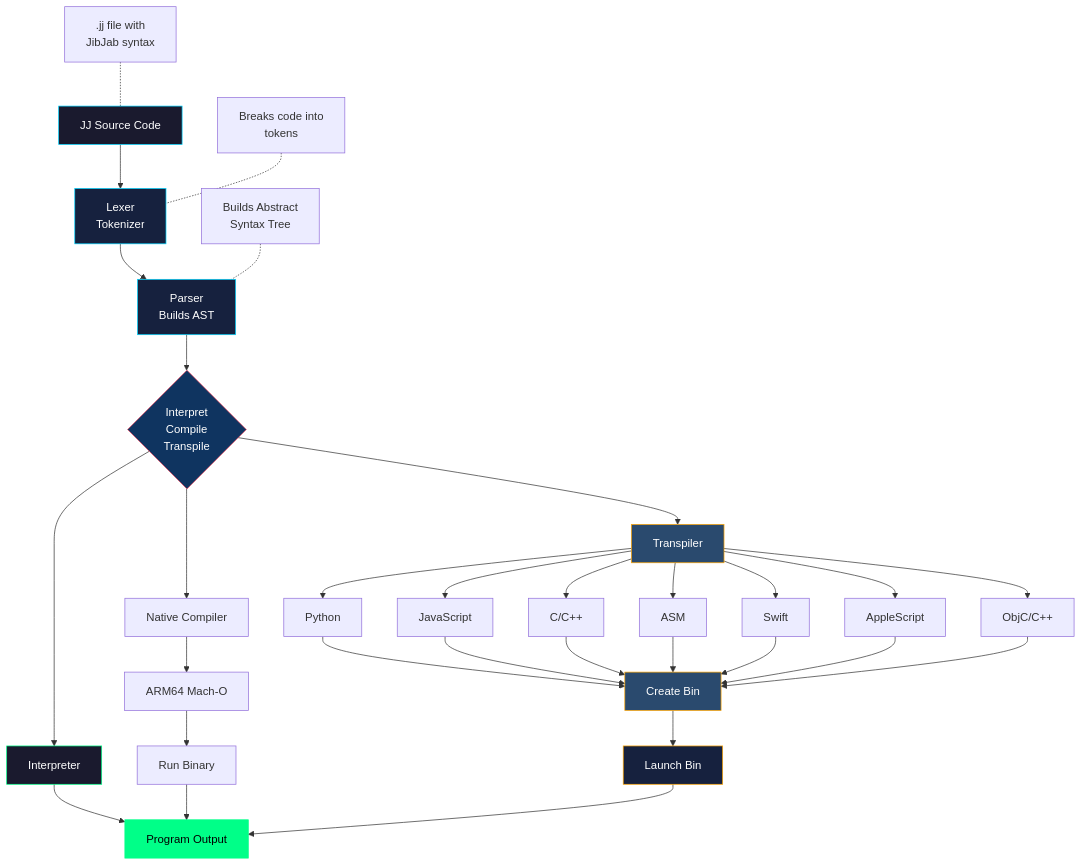
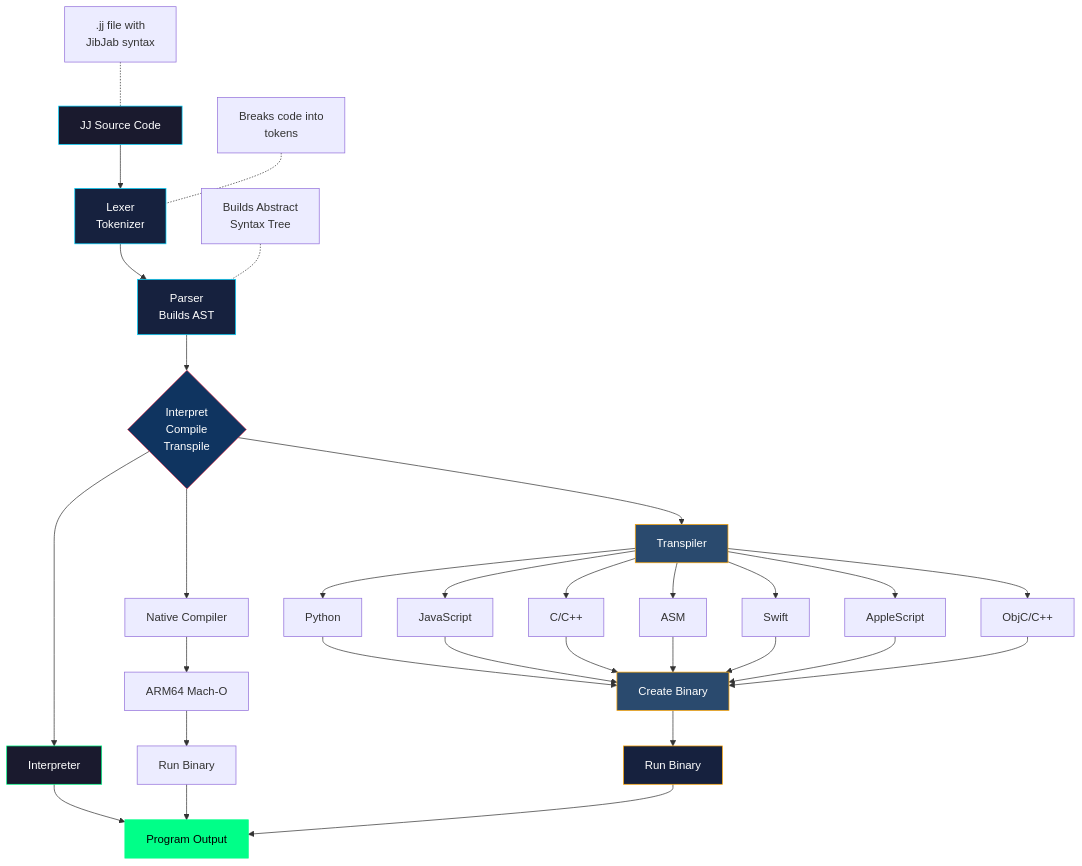
One commit to SuperBox64/JibberJabber changed the diagram in README.md. Above: the diagram before and after it, drawn with Mermaid.

Commit message:
Update diagram: Create Binary, Run Binary

````diff
--- a/README.md
+++ b/README.md
@@ -339,48 +339,48 @@
 ```mermaid
 flowchart TD
     A[JJ Source Code] --> B[Lexer<br>Tokenizer]
     B --> C[Parser<br>Builds AST]
     C --> D{Interpret<br>Compile<br>Transpile}
 
     A1[".jj file with<br>JibJab syntax"] -.- A
     B1["Breaks code into<br>tokens"] -.- B
     C1["Builds Abstract<br>Syntax Tree"] -.- C
 
     D --> E[Interpreter]
     E --> F[Program Output]
 
     D --> N1[Native Compiler]
     N1 --> N2[ARM64 Mach-O]
     N2 --> N3[Run Binary]
     N3 --> F
 
     D --> G[Transpiler]
     G --> H[Python]
     G --> I[JavaScript]
     G --> J[C/C++]
     G --> K[ASM]
     G --> L[Swift]
     G --> P[AppleScript]
     G --> Q[ObjC/C++]
 
-    H --> M[Create Bin]
+    H --> M[Create Binary]
     I --> M
     J --> M
     K --> M
     L --> M
     P --> M
     Q --> M
-    M --> N[Launch Bin]
+    M --> N[Run Binary]
     N --> F
 
     style M fill:#2a4a6e,stroke:#ffa500,color:#fff
     style N fill:#16213e,stroke:#ffa500,color:#fff
 
     style A fill:#1a1a2e,stroke:#00d4ff,color:#fff
     style B fill:#16213e,stroke:#00d4ff,color:#fff
     style C fill:#16213e,stroke:#00d4ff,color:#fff
     style D fill:#0f3460,stroke:#e94560,color:#fff
     style E fill:#1a1a2e,stroke:#00ff88,color:#fff
     style F fill:#00ff88,stroke:#00ff88,color:#000
     style G fill:#2a4a6e,stroke:#ffa500,color:#fff
 ```
````
